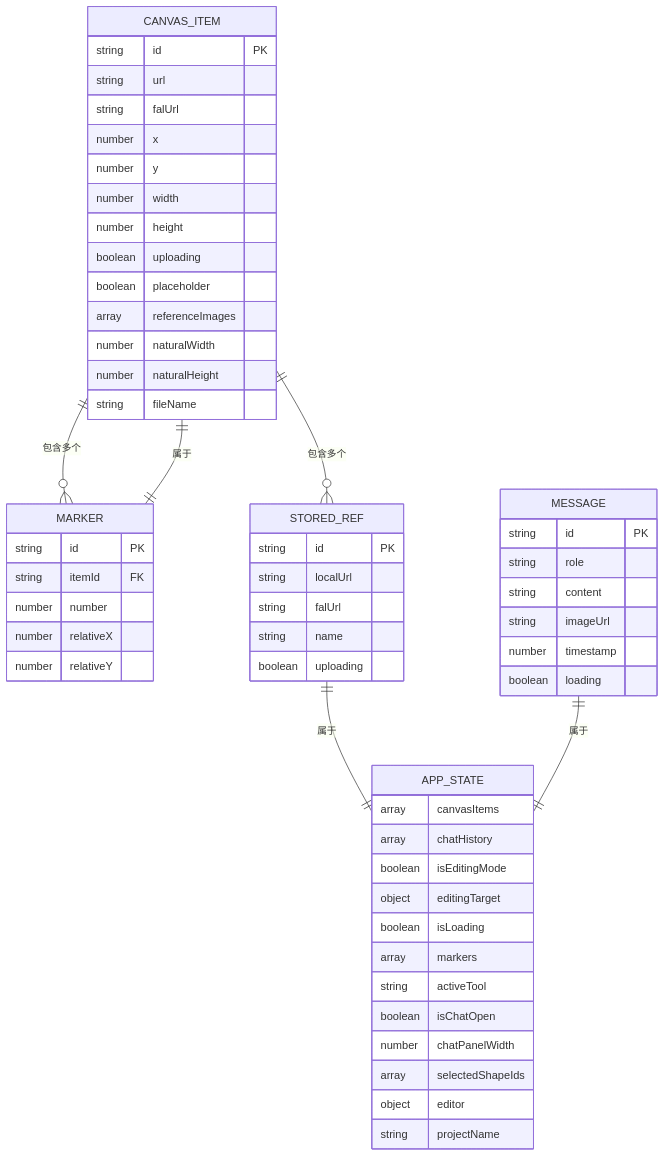
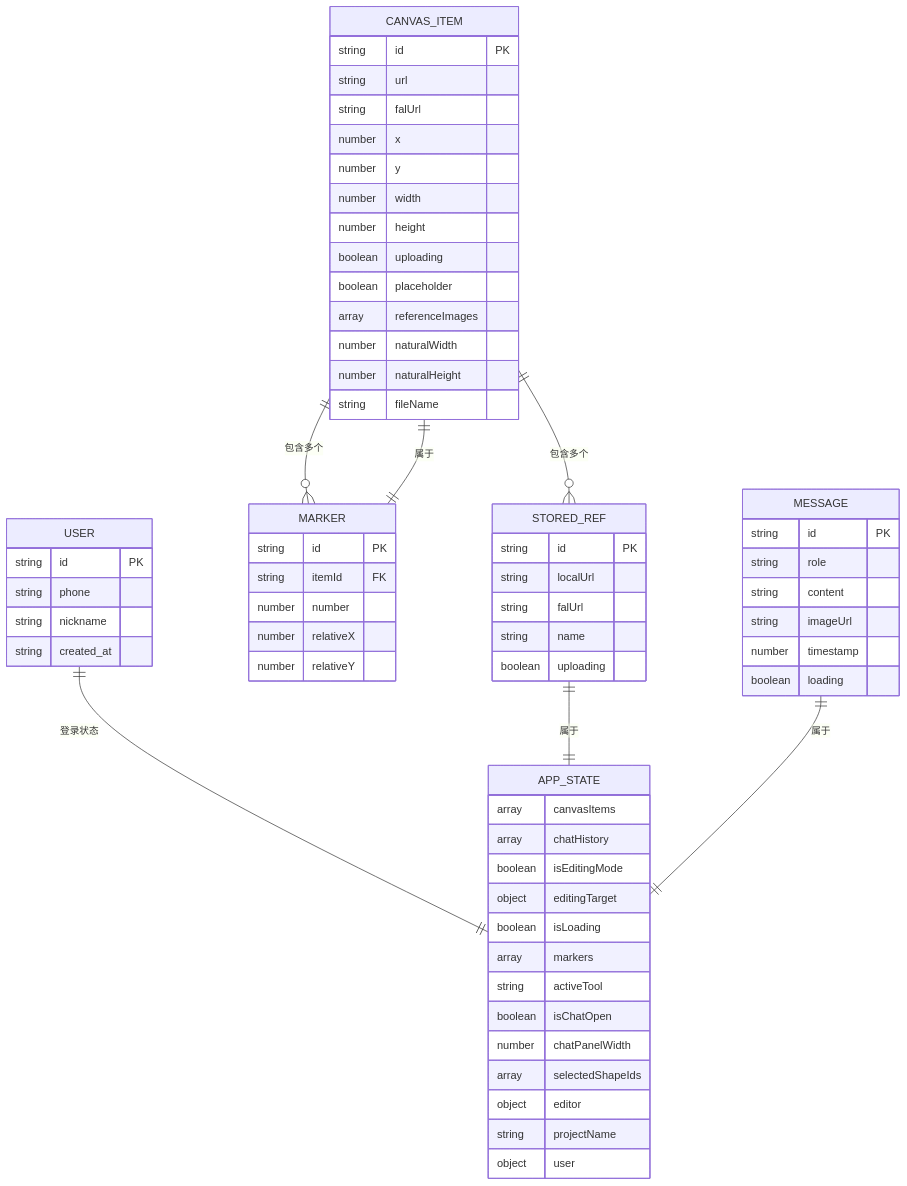
One commit to billye220670/BananaFlow2 changed the third of 21 diagrams in .qoder/repowiki/zh/content/状态管理系统.md. Above: the diagram before and after it, drawn with Mermaid. The commit also changed other lines of this file and 6 other files, not shown here.

````diff
--- a/.qoder/repowiki/zh/content/状态管理系统.md
+++ b/.qoder/repowiki/zh/content/状态管理系统.md
@@ -173,59 +205,67 @@
 ```mermaid
 erDiagram
+USER {
+string id PK
+string phone
+string nickname
+string created_at
+}
 CANVAS_ITEM {
 string id PK
 string url
 string falUrl
 number x
 number y
 number width
 number height
 boolean uploading
 boolean placeholder
 array referenceImages
 number naturalWidth
 number naturalHeight
 string fileName
 }
 MARKER {
 string id PK
 string itemId FK
 number number
 number relativeX
 number relativeY
 }
 STORED_REF {
 string id PK
 string localUrl
 string falUrl
 string name
 boolean uploading
 }
 MESSAGE {
 string id PK
 string role
 string content
 string imageUrl
 number timestamp
 boolean loading
 }
 APP_STATE {
 array canvasItems
 array chatHistory
 boolean isEditingMode
 object editingTarget
 boolean isLoading
 array markers
 string activeTool
 boolean isChatOpen
 number chatPanelWidth
 array selectedShapeIds
 object editor
 string projectName
+object user
 }
+USER ||--|| APP_STATE : "登录状态"
 CANVAS_ITEM ||--o{ STORED_REF : "包含多个"
 CANVAS_ITEM ||--o{ MARKER : "包含多个"
 MARKER ||--|| CANVAS_ITEM : "属于"
 STORED_REF ||--|| APP_STATE : "属于"
 MESSAGE ||--|| APP_STATE : "属于"
 ```
````
